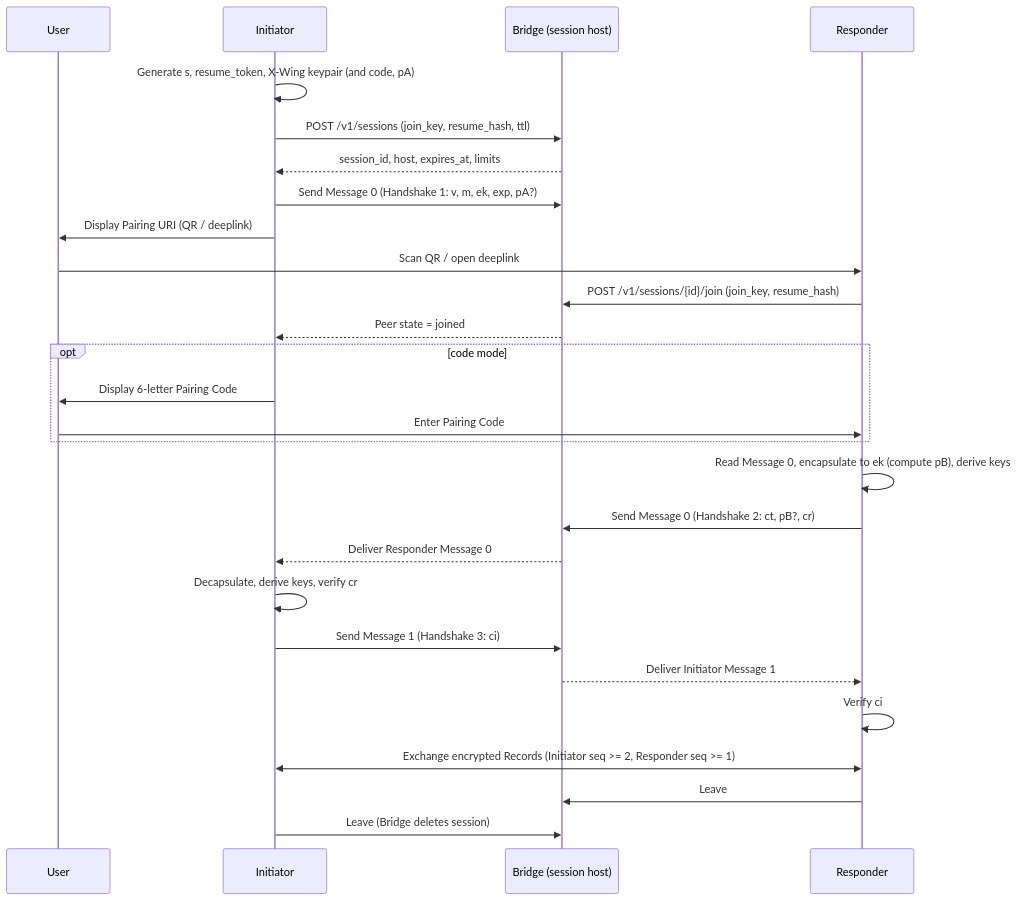
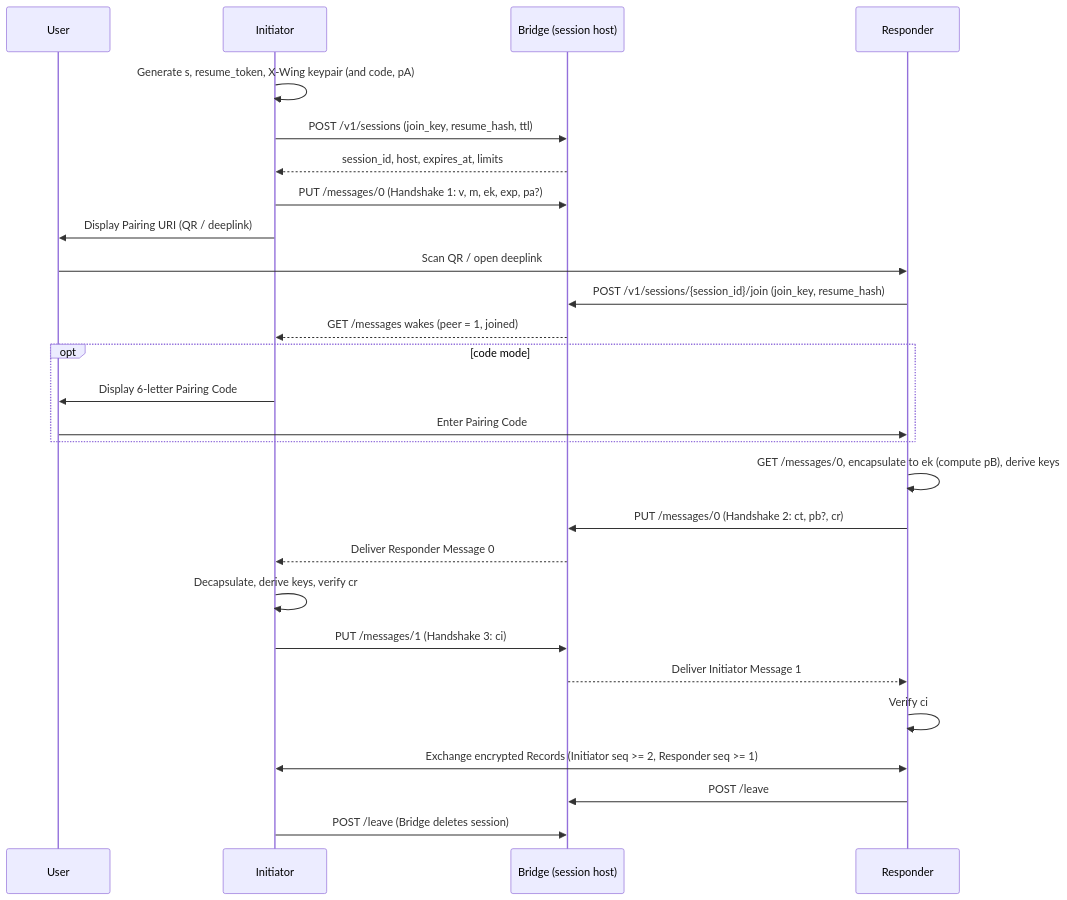
The diagram in docs/WIPs/wip-110.md (worldcoin/world-id-protocol), drawn with Mermaid before and after one commit. The commit also changed other lines of this file, not shown here.

Commit message:
docs(wip-110): simplify bridge transport to HTTP with long-polling

````diff
--- a/docs/WIPs/wip-110.md
+++ b/docs/WIPs/wip-110.md
@@ -59,30 +59,30 @@
 ```mermaid
 sequenceDiagram
     participant u as User
     participant i as Initiator
     participant b as Bridge (session host)
     participant r as Responder
 
     i->>i: Generate s, resume_token, X-Wing keypair (and code, pA)
     i->>b: POST /v1/sessions (join_key, resume_hash, ttl)
     b-->>i: session_id, host, expires_at, limits
-    i->>b: Send Message 0 (Handshake 1: v, m, ek, exp, pA?)
+    i->>b: PUT /messages/0 (Handshake 1: v, m, ek, exp, pa?)
     i->>u: Display Pairing URI (QR / deeplink)
     u->>r: Scan QR / open deeplink
-    r->>b: POST /v1/sessions/{id}/join (join_key, resume_hash)
-    b-->>i: Peer state = joined
+    r->>b: POST /v1/sessions/{session_id}/join (join_key, resume_hash)
+    b-->>i: GET /messages wakes (peer = 1, joined)
     opt code mode
         i->>u: Display 6-letter Pairing Code
         u->>r: Enter Pairing Code
     end
-    r->>r: Read Message 0, encapsulate to ek (compute pB), derive keys
-    r->>b: Send Message 0 (Handshake 2: ct, pB?, cr)
+    r->>r: GET /messages/0, encapsulate to ek (compute pB), derive keys
+    r->>b: PUT /messages/0 (Handshake 2: ct, pb?, cr)
     b-->>i: Deliver Responder Message 0
     i->>i: Decapsulate, derive keys, verify cr
-    i->>b: Send Message 1 (Handshake 3: ci)
+    i->>b: PUT /messages/1 (Handshake 3: ci)
     b-->>r: Deliver Initiator Message 1
     r->>r: Verify ci
     i<<->>r: Exchange encrypted Records (Initiator seq >= 2, Responder seq >= 1)
-    r->>b: Leave
-    i->>b: Leave (Bridge deletes session)
+    r->>b: POST /leave
+    i->>b: POST /leave (Bridge deletes session)
 ```
````
